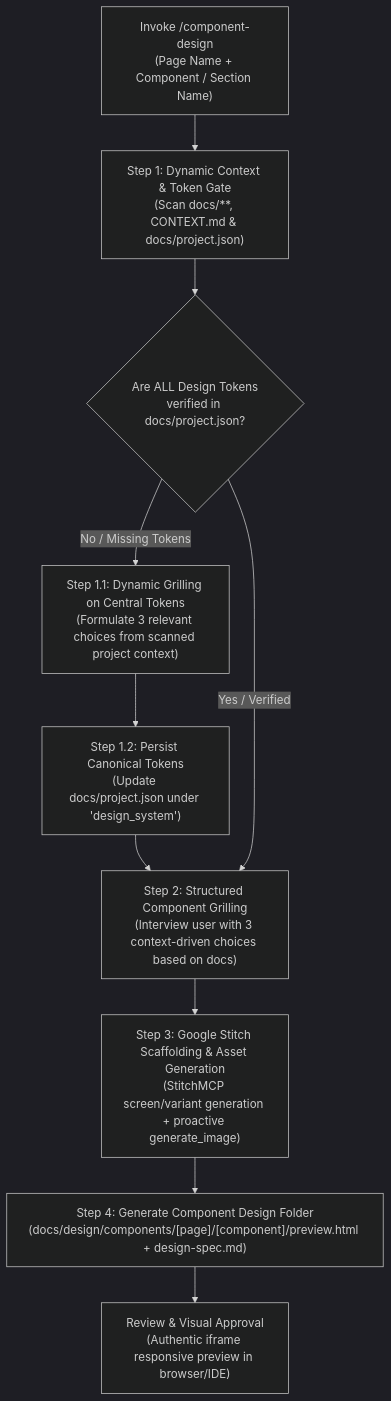
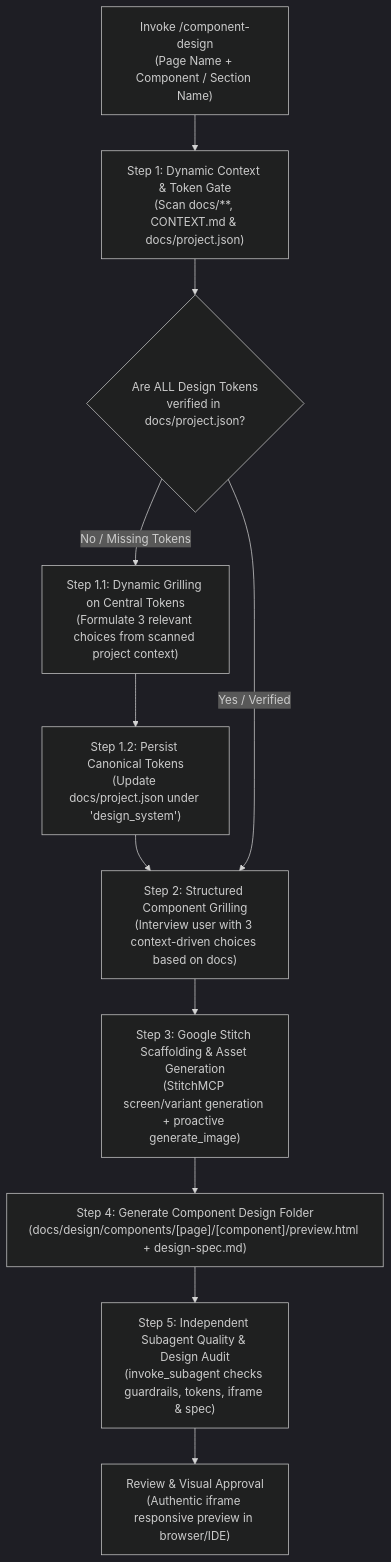
The diagram in .agents/skills/component-design/SKILL.md (BIGboss248/aminwebsite), drawn with Mermaid (dark theme) before and after one commit. The commit also changed other lines of this file and 2 other files, not shown here.

Commit message:
docs: design skill verification

````diff
--- a/.agents/skills/component-design/SKILL.md
+++ b/.agents/skills/component-design/SKILL.md
@@ -25,12 +25,13 @@
 ```mermaid
 flowchart TD
     Start["Invoke /component-design<br/>(Page Name + Component / Section Name)"] --> Step1["Step 1: Dynamic Context & Token Gate<br/>(Scan docs/**, CONTEXT.md & docs/project.json)"]
     Step1 --> CheckTokens{"Are ALL Design Tokens<br/>verified in docs/project.json?"}
     CheckTokens -- "No / Missing Tokens" --> GrillTokens["Step 1.1: Dynamic Grilling on Central Tokens<br/>(Formulate 3 relevant choices from scanned project context)"]
     GrillTokens --> SaveTokens["Step 1.2: Persist Canonical Tokens<br/>(Update docs/project.json under 'design_system')"]
     SaveTokens --> Step2
     CheckTokens -- "Yes / Verified" --> Step2["Step 2: Structured Component Grilling<br/>(Interview user with 3 context-driven choices based on docs)"]
     Step2 --> Step3["Step 3: Google Stitch Scaffolding & Asset Generation<br/>(StitchMCP screen/variant generation + proactive generate_image)"]
     Step3 --> Step4["Step 4: Generate Component Design Folder<br/>(docs/design/components/[page]/[component]/preview.html + design-spec.md)"]
-    Step4 --> Finish["Review & Visual Approval<br/>(Authentic iframe responsive preview in browser/IDE)"]
+    Step4 --> Step5["Step 5: Independent Subagent Quality & Design Audit<br/>(invoke_subagent checks guardrails, tokens, iframe & spec)"]
+    Step5 --> Finish["Review & Visual Approval<br/>(Authentic iframe responsive preview in browser/IDE)"]
 ```
````
